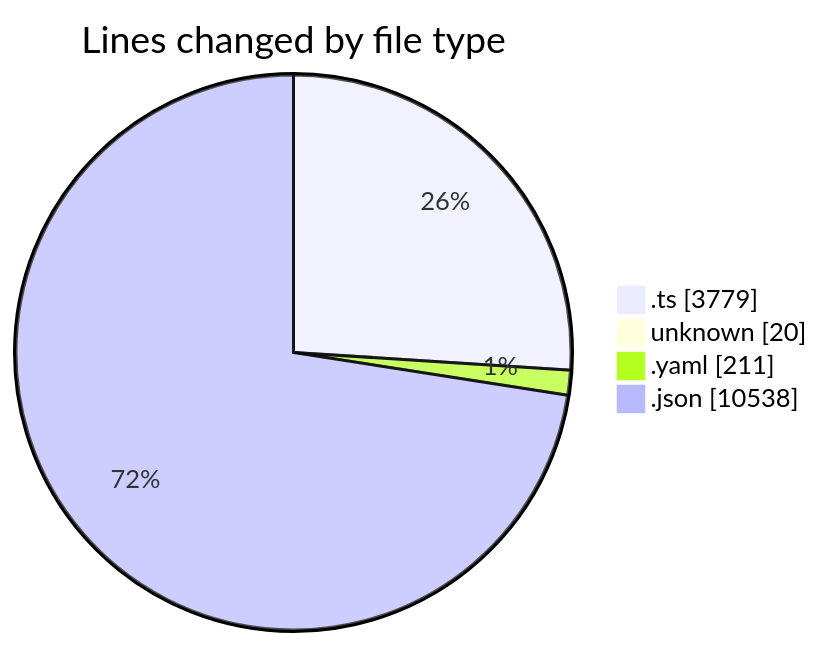
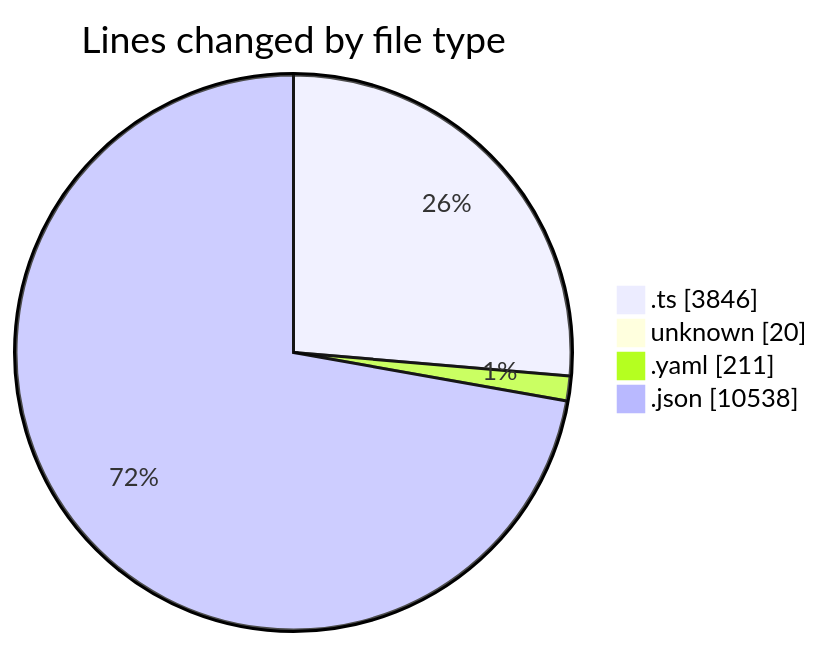
Before and after one commit to mevix1/code-tracking: the first of 2 diagrams in 2025-10-01/oura-api/README.md, drawn with Mermaid. The commit also changed other lines of this file and 1 other file, not shown here.

````diff
--- a/2025-10-01/oura-api/README.md
+++ b/2025-10-01/oura-api/README.md
@@ -53,8 +56,8 @@
 ```mermaid
 pie showData
 title Lines changed by file type
-".ts" : 3779
+".ts" : 3846
 "unknown" : 20
 ".yaml" : 211
 ".json" : 10538
 ```
````
